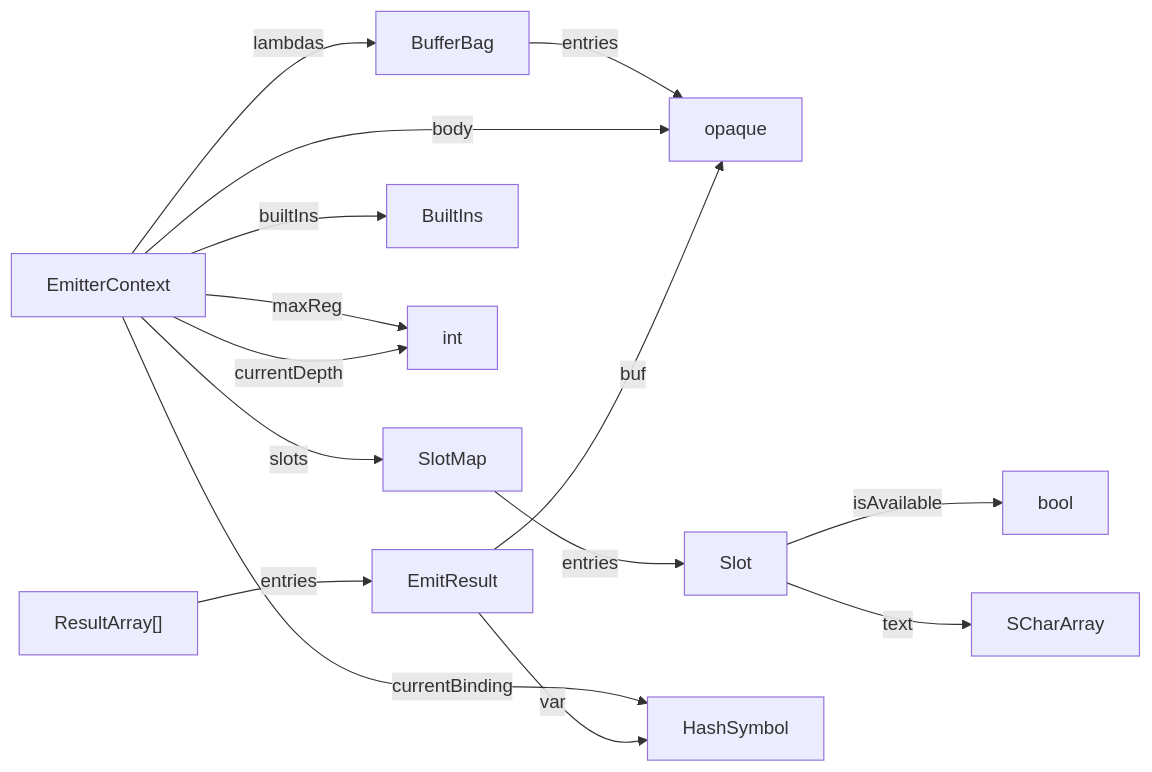
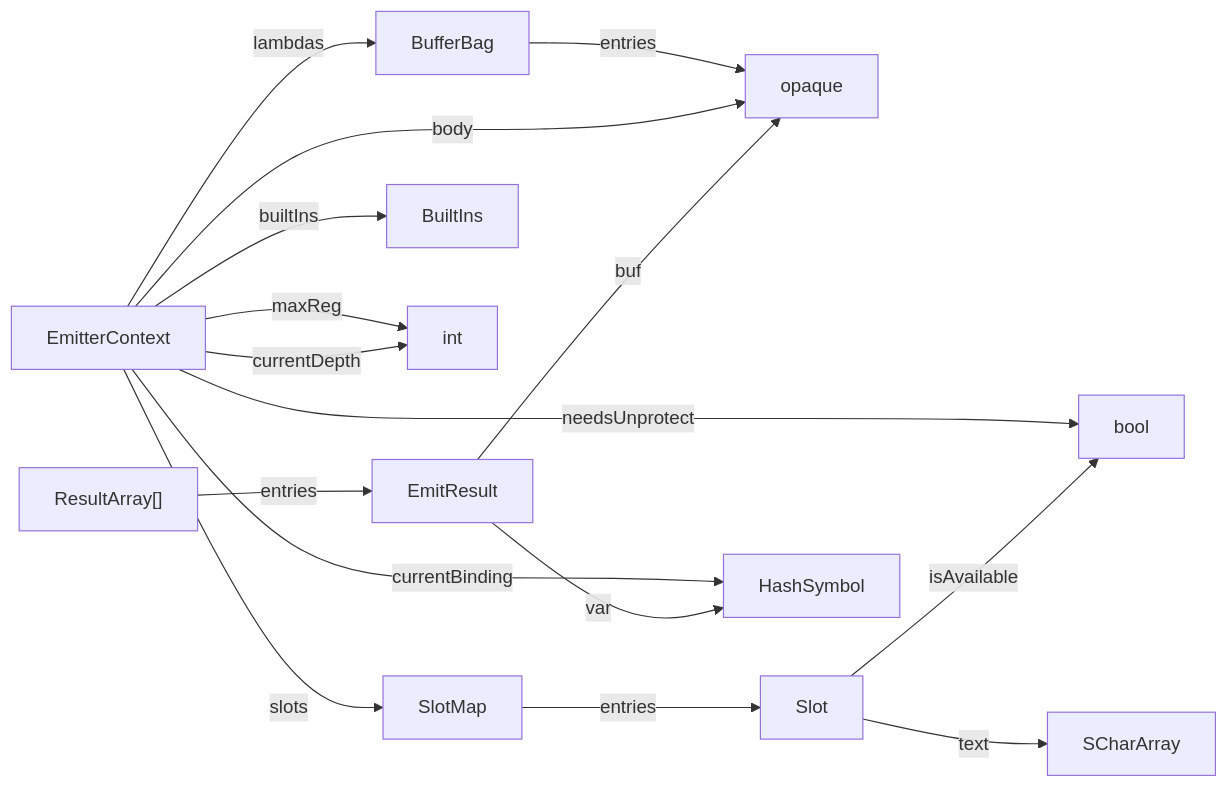
One commit to billhails/CEKF changed the diagram in docs/generated/emit.md. Above: the diagram before and after it, drawn with Mermaid. The commit also changed 7 other files, not shown here.

````diff
--- a/docs/generated/emit.md
+++ b/docs/generated/emit.md
@@ -5,17 +5,18 @@
 ```mermaid
 flowchart LR
 BufferBag --entries--> opaque
 SlotMap --entries--> Slot
 EmitterContext --currentBinding--> HashSymbol
 EmitterContext --lambdas--> BufferBag
 EmitterContext --body--> opaque
 EmitterContext --builtIns--> BuiltIns
 EmitterContext --slots--> SlotMap
 EmitterContext --maxReg--> int
 EmitterContext --currentDepth--> int
+EmitterContext --needsUnprotect--> bool
 Slot --isAvailable--> bool
 Slot --text--> SCharArray
 EmitResult --var--> HashSymbol
 EmitResult --buf--> opaque
 ResultArray["ResultArray[]"] --entries--> EmitResult
 ```
````
